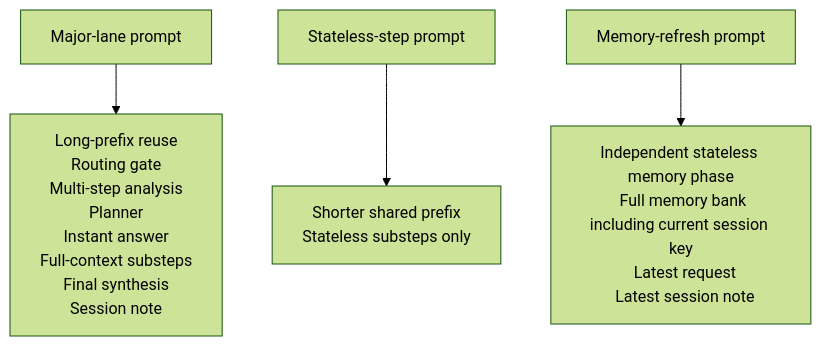
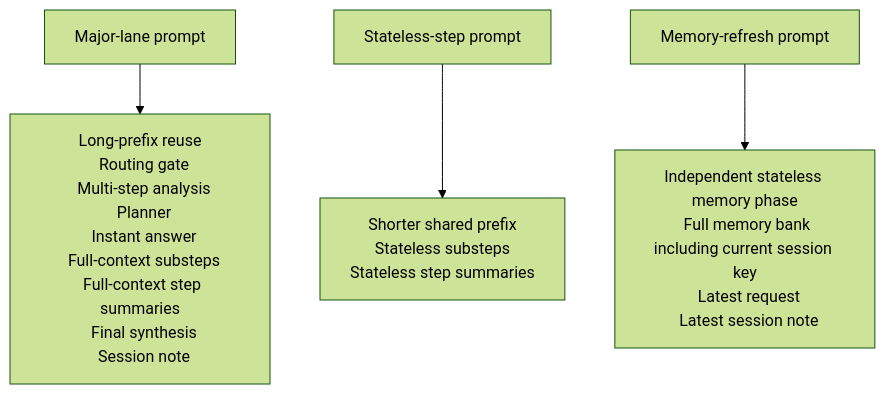
Before and after one commit to Eason023/chat-studio: the third of 3 diagrams in README.md, drawn with Mermaid (forest theme). The commit also changed other lines of this file, not shown here.

````diff
--- a/README.md
+++ b/README.md
@@ -342,19 +348,21 @@
 ```mermaid
 flowchart TD
   A["Major-lane prompt"] --> B["Long-prefix reuse
   Routing gate
   Multi-step analysis
   Planner
   Instant answer
   Full-context substeps
+  Full-context step summaries
   Final synthesis
   Session note"]
 
   C["Stateless-step prompt"] --> D["Shorter shared prefix
-  Stateless substeps only"]
+  Stateless substeps
+  Stateless step summaries"]
 
   E["Memory-refresh prompt"] --> F["Independent stateless memory phase
   Full memory bank including current session key
   Latest request
   Latest session note"]
 ```
````
